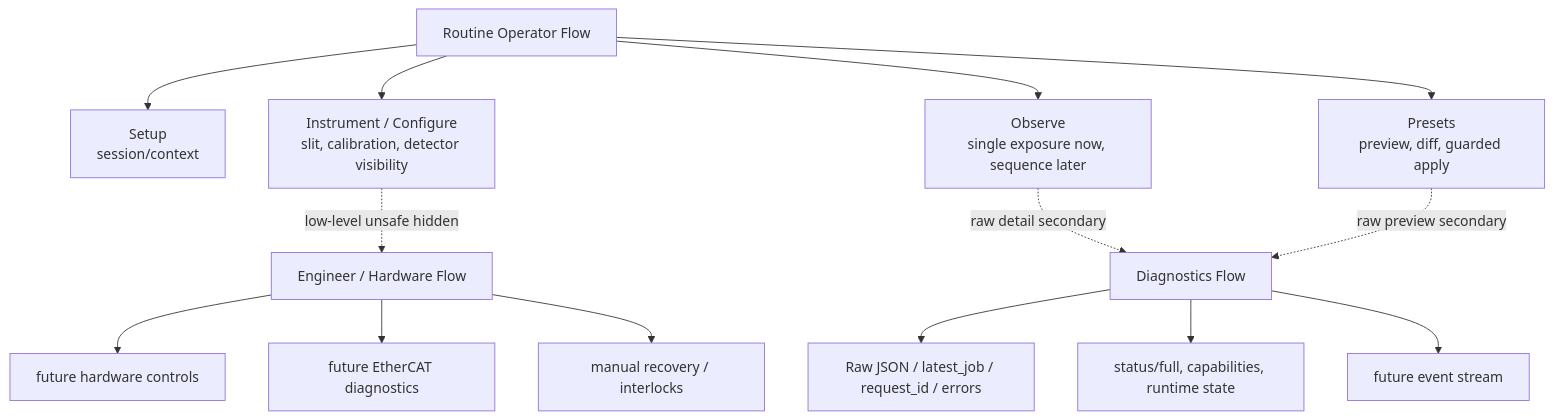
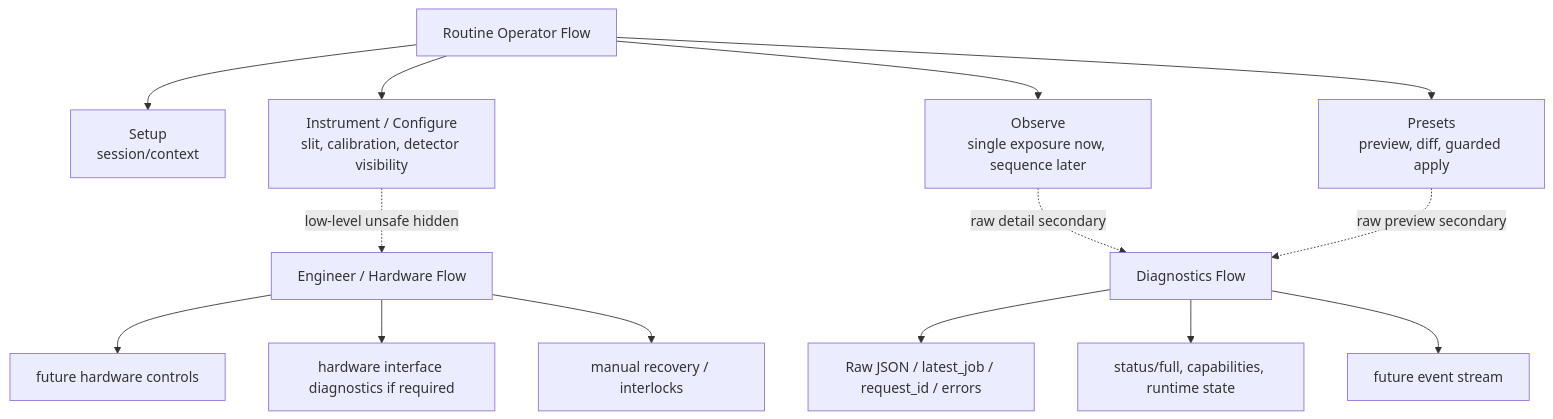
The fourth of 4 diagrams in docs/ics2_software_development_strategy.md (UmutMahmut/just-longslit-ics2), drawn with Mermaid before and after one commit. The commit also changed other lines of this file and 3 other files, not shown here.

````diff
--- a/docs/ics2_software_development_strategy.md
+++ b/docs/ics2_software_development_strategy.md
@@ -822,23 +842,23 @@
 ```mermaid
 flowchart TB
     Routine["Routine Operator Flow"]
     Diagnostics["Diagnostics Flow"]
     Engineer["Engineer / Hardware Flow"]
 
     Routine --> Setup["Setup<br/>session/context"]
     Routine --> Instrument["Instrument / Configure<br/>slit, calibration, detector visibility"]
     Routine --> Observe["Observe<br/>single exposure now, sequence later"]
     Routine --> Presets["Presets<br/>preview, diff, guarded apply"]
 
     Diagnostics --> Raw["Raw JSON / latest_job / request_id / errors"]
     Diagnostics --> Status["status/full, capabilities, runtime state"]
     Diagnostics --> Events["future event stream"]
 
     Engineer --> HW["future hardware controls"]
-    Engineer --> EtherCAT["future EtherCAT diagnostics"]
+    Engineer --> Interface["hardware interface diagnostics if required"]
     Engineer --> Recovery["manual recovery / interlocks"]
 
     Instrument -. "low-level unsafe hidden" .-> Engineer
     Observe -. "raw detail secondary" .-> Diagnostics
     Presets -. "raw preview secondary" .-> Diagnostics
 ```
````
